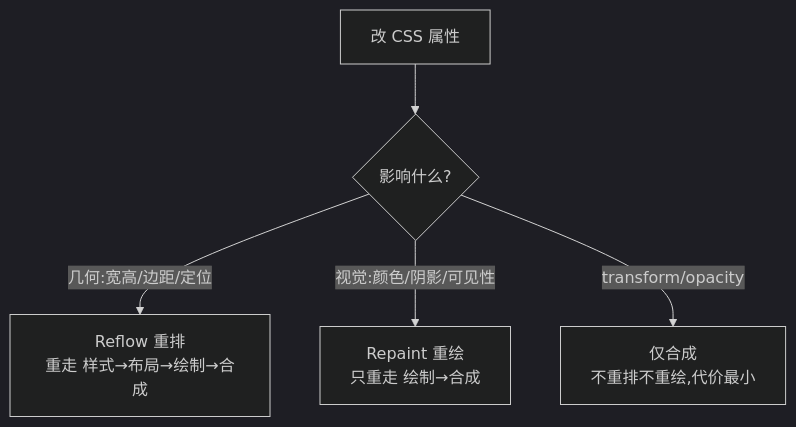
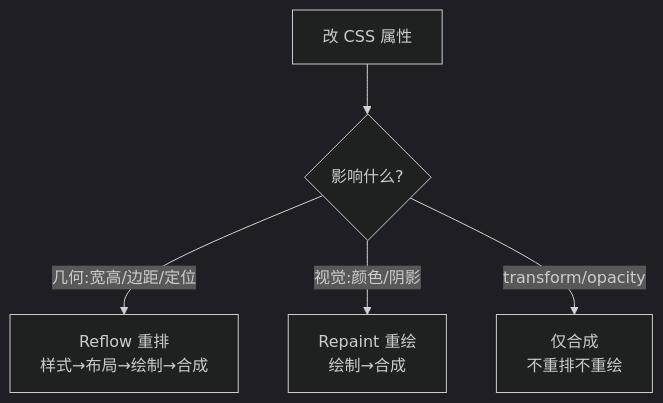
One commit to inspire-man/frontend-knowledge-base changed the diagram in frontend-knowledge-base/卷二-浏览器工作原理/2.4-重排与重绘.md. Above: the diagram before and after it, drawn with Mermaid (dark theme). The commit also changed other lines of this file and 2 other files, not shown here.

````diff
--- a/frontend-knowledge-base/卷二-浏览器工作原理/2.4-重排与重绘.md
+++ b/frontend-knowledge-base/卷二-浏览器工作原理/2.4-重排与重绘.md
@@ -16,7 +16,7 @@
 ```mermaid
 flowchart TD
     A[改 CSS 属性] --> B{影响什么?}
-    B -->|几何:宽高/边距/定位| C[Reflow 重排<br/>重走 样式→布局→绘制→合成]
-    B -->|视觉:颜色/阴影/可见性| D[Repaint 重绘<br/>只重走 绘制→合成]
-    B -->|transform/opacity| E[仅合成<br/>不重排不重绘,代价最小]
+    B -->|几何:宽高/边距/定位| C[Reflow 重排<br/>样式→布局→绘制→合成]
+    B -->|视觉:颜色/阴影| D[Repaint 重绘<br/>绘制→合成]
+    B -->|transform/opacity| E[仅合成<br/>不重排不重绘]
 ```
````
